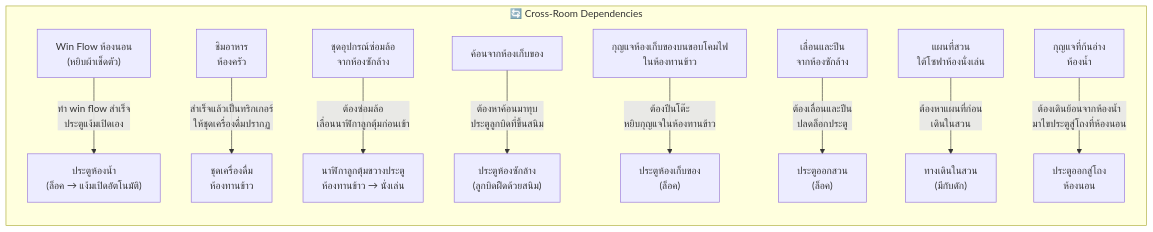
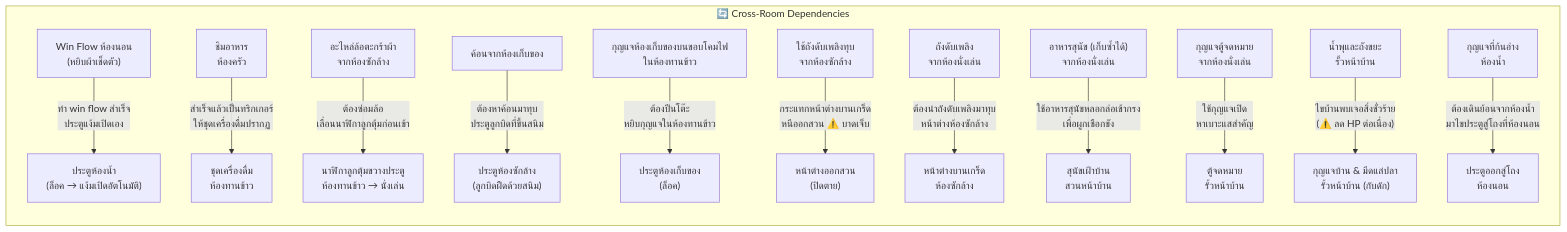
The second of 2 diagrams in design/map.md (witchu/horror-adventure), drawn with Mermaid before and after one commit. The commit also changed other lines of this file and 3 other files, not shown here.

````diff
--- a/design/map.md
+++ b/design/map.md
@@ -71,36 +71,48 @@
 ```mermaid
 graph LR
     subgraph "🔄 Cross-Room Dependencies"
         BED_FLOW["Win Flow ห้องนอน\n(หยิบผ้าเช็ดตัว)"]
         BATH_DOOR["ประตูห้องน้ำ\n(ล็อค → แง้มเปิดอัตโนมัติ)"]
         BED_FLOW -->|"ทำ win flow สำเร็จ\nประตูแง้มเปิดเอง"| BATH_DOOR
 
         KIT_FOOD["ชิมอาหาร\nห้องครัว"]
         DIN_TEA["ชุดเครื่องดื่ม\nห้องทานข้าว"]
         KIT_FOOD -->|"สำเร็จแล้วเป็นทริกเกอร์\nให้ชุดเครื่องดื่มปรากฏ"| DIN_TEA
 
         DIN_CABINET["นาฬิกาลูกตุ้มขวางประตู\nห้องทานข้าว → นั่งเล่น"]
-        LAU_ITEM["ชุดอุปกรณ์ซ่อมล้อ\nจากห้องซักล้าง"]
+        LAU_ITEM["อะไหล่ล้อตะกร้าผ้า\nจากห้องซักล้าง"]
         LAU_ITEM -->|"ต้องซ่อมล้อ\nเลื่อนนาฬิกาลูกตุ้มก่อนเข้า"| DIN_CABINET
 
         LAU_DOOR["ประตูห้องซักล้าง\n(ลูกบิดฝืดด้วยสนิม)"]
         STO_HAMMER["ค้อนจากห้องเก็บของ"]
         STO_HAMMER -->|"ต้องหาค้อนมาทุบ\nประตูลูกบิดที่ขึ้นสนิม"| LAU_DOOR
 
         STO_DOOR["ประตูห้องเก็บของ\n(ล็อค)"]
         DIN_KEY["กุญแจห้องเก็บของบนขอบโคมไฟ\nในห้องทานข้าว"]
         DIN_KEY -->|"ต้องปีนโต๊ะ\nหยิบกุญแจในห้องทานข้าว"| STO_DOOR
 
-        GAR_DOOR["ประตูออกสวน\n(ล็อค)"]
-        LAU_CLIMB["เลื่อนและปีน\nจากห้องซักล้าง"]
-        LAU_CLIMB -->|"ต้องเลื่อนและปีน\nปลดล็อกประตู"| GAR_DOOR
+        GAR_WINDOW["หน้าต่างออกสวน\n(ปิดตาย)"]
+        LAU_SMASH["ใช้ถังดับเพลิงทุบ\nจากห้องซักล้าง"]
+        LAU_SMASH -->|"กระแทกหน้าต่างบานเกร็ด\nหนีออกสวน ⚠️ บาดเจ็บ"| GAR_WINDOW
 
-        GAR_PATH["ทางเดินในสวน\n(มีกับดัก)"]
-        LIV_MAP["แผนที่สวน\nใต้โซฟาห้องนั่งเล่น"]
-        LIV_MAP -->|"ต้องหาแผนที่ก่อน\nเดินในสวน"| GAR_PATH
+        LAU_WINDOW2["หน้าต่างบานเกร็ด\nห้องซักล้าง"]
+        LIV_EXTINGUISHER["ถังดับเพลิง\nจากห้องนั่งเล่น"]
+        LIV_EXTINGUISHER -->|"ต้องนำถังดับเพลิงมาทุบ\nหน้าต่างห้องซักล้าง"| LAU_WINDOW2
+
+        GAR_DOG["สุนัขเฝ้าบ้าน\nสวนหน้าบ้าน"]
+        LIV_DOGFOOD["อาหารสุนัข (เก็บซ้ำได้)\nจากห้องนั่งเล่น"]
+        LIV_DOGFOOD -->|"ใช้อาหารสุนัขหลอกล่อเข้ากรง\nเพื่อผูกเชือกขัง"| GAR_DOG
+
+        GATE_MAILBOX["ตู้จดหมาย\nรั้วหน้าบ้าน"]
+        LIV_MAILKEY["กุญแจตู้จดหมาย\nจากห้องนั่งเล่น"]
+        LIV_MAILKEY -->|"ใช้กุญแจเปิด\nหาเบาะแสสำคัญ"| GATE_MAILBOX
+
+        GATE_DOOR_TRAP["กุญแจบ้าน & มีดแล่ปลา\nรั้วหน้าบ้าน (กับดัก)"]
+        GATE_FOUNTAIN["น้ำพุและถังขยะ\nรั้วหน้าบ้าน"]
+        GATE_FOUNTAIN -->|"ไขบ้านพบเจอสิ่งชั่วร้าย\n(⚠️ ลด HP ต่อเนื่อง)"| GATE_DOOR_TRAP
 
         BATH_KEY["กุญแจที่ก้นอ่าง\nห้องน้ำ"]
         BED_DOOR["ประตูออกสู่โถง\nห้องนอน"]
         BATH_KEY -->|"ต้องเดินย้อนจากห้องน้ำ\nมาไขประตูสู่โถงที่ห้องนอน"| BED_DOOR
     end
 ```
````
